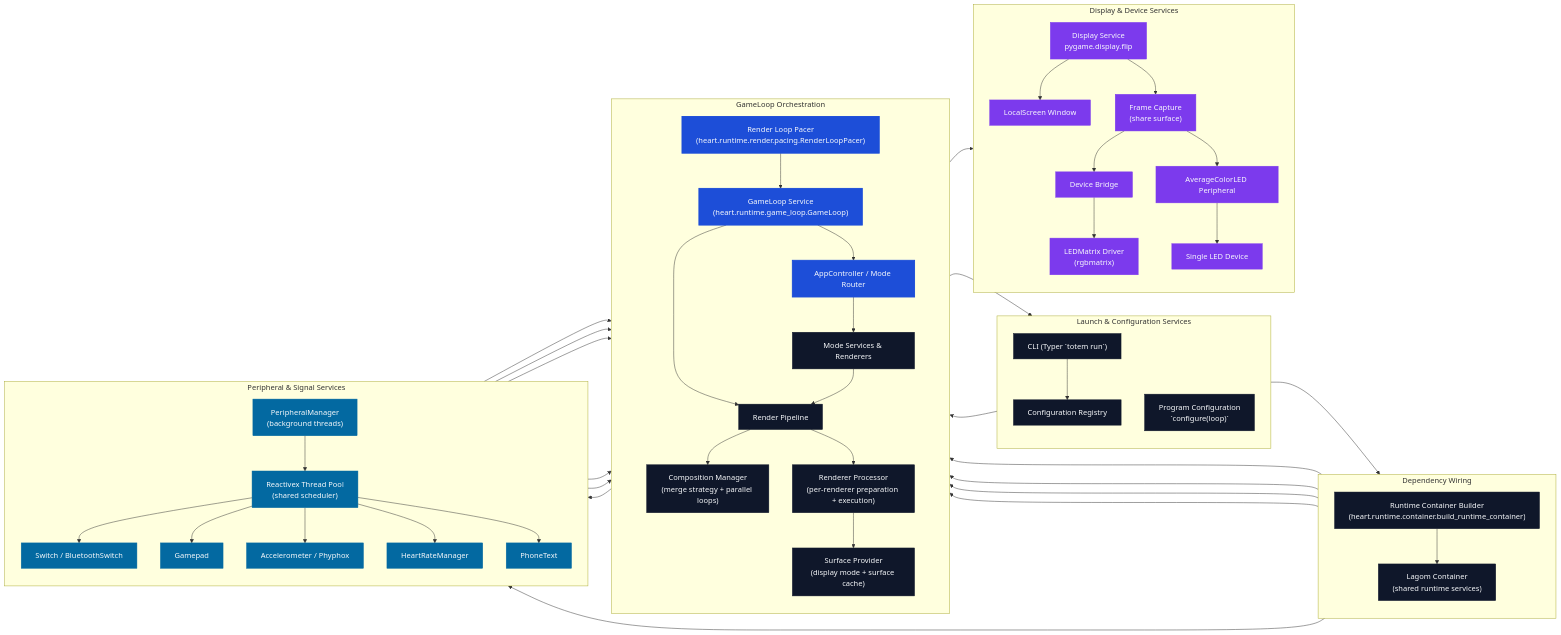
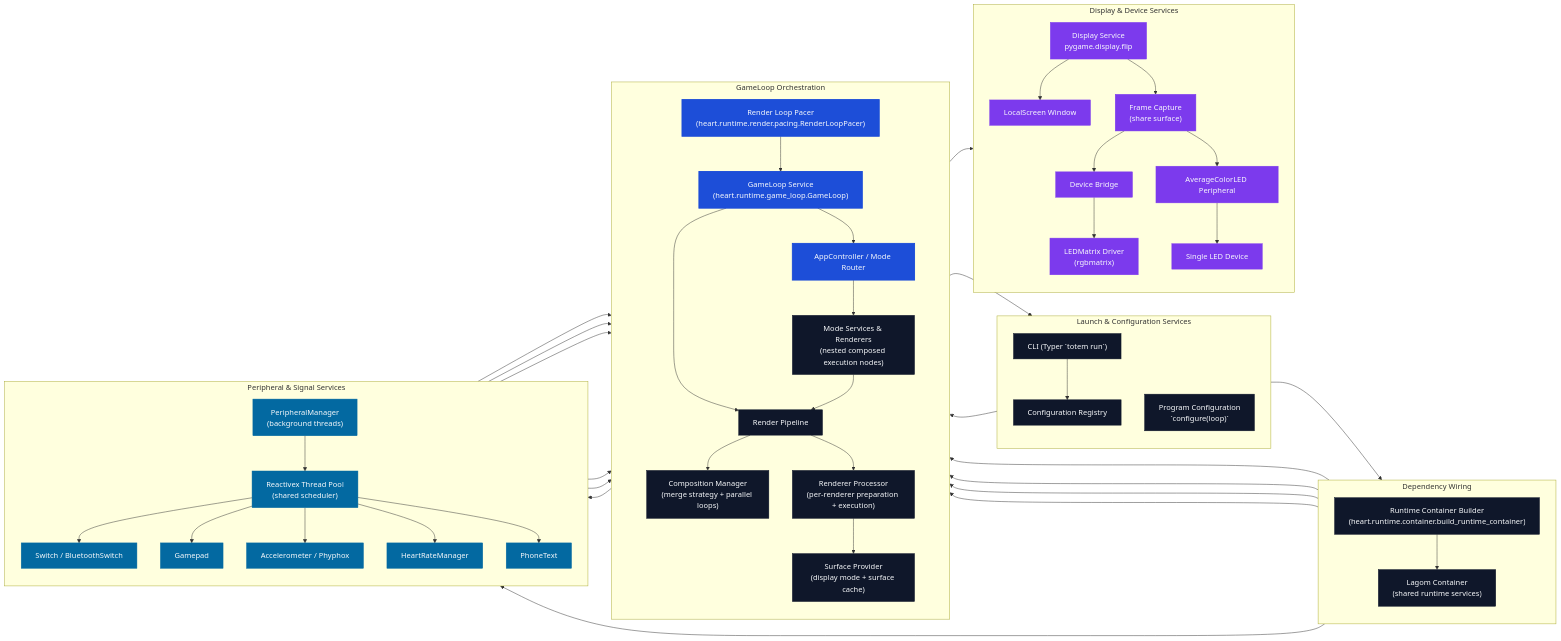
Before and after one commit to Organization5762/heart: the diagram in docs/code_flow.md, drawn with Mermaid. The commit also changed other lines of this file and 16 other files, not shown here.

````diff
--- a/docs/code_flow.md
+++ b/docs/code_flow.md
@@ -19,81 +19,81 @@
 ```mermaid
 flowchart LR
     %% Visual classes for different service categories
     classDef orchestrator fill:#1d4ed8,stroke:#1d4ed8,color:#f8fafc,stroke-width:2px;
     classDef service fill:#0f172a,stroke:#0f172a,color:#f8fafc;
     classDef input fill:#0369a1,stroke:#0369a1,color:#f8fafc;
     classDef output fill:#7c3aed,stroke:#7c3aed,color:#f8fafc;
 
     subgraph Launch["Launch & Configuration Services"]
         direction TB
         CLI["CLI (Typer `totem run`)"]
         Registry["Configuration Registry"]
         Configurer["Program Configuration\n`configure(loop)`"]
     end
 
     subgraph Wiring["Dependency Wiring"]
         direction TB
         ContainerBuilder["Runtime Container Builder\n(heart.runtime.container.build_runtime_container)"]
         RuntimeContainer["Lagom Container\n(shared runtime services)"]
     end
 
     subgraph Runtime["GameLoop Orchestration"]
         direction TB
         Loop["GameLoop Service\n(heart.runtime.game_loop.GameLoop)"]
         RenderPacer["Render Loop Pacer\n(heart.runtime.render.pacing.RenderLoopPacer)"]
         AppRouter["AppController / Mode Router"]
-        ModeServices["Mode Services & Renderers"]
+        ModeServices["Mode Services & Renderers\n(nested composed execution nodes)"]
         RenderPipeline["Render Pipeline"]
         SurfaceProvider["Surface Provider\n(display mode + surface cache)"]
         RendererProcessor["Renderer Processor\n(per-renderer preparation + execution)"]
         CompositionManager["Composition Manager\n(merge strategy + parallel loops)"]
     end
 
     subgraph Inputs["Peripheral & Signal Services"]
         direction TB
         PeripheralMgr["PeripheralManager\n(background threads)"]
         RxScheduler["Reactivex Thread Pool\n(shared scheduler)"]
         Switch["Switch / BluetoothSwitch"]
         Gamepad["Gamepad"]
         Sensors["Accelerometer / Phyphox"]
         HeartRate["HeartRateManager"]
         PhoneText["PhoneText"]
     end
 
     subgraph Outputs["Display & Device Services"]
         direction TB
         DisplaySvc["Display Service\npygame.display.flip"]
         LocalScreen["LocalScreen Window"]
         Capture["Frame Capture\n(share surface)"]
         DeviceBridge["Device Bridge"]
         LedMatrix["LEDMatrix Driver\n(rgbmatrix)"]
         AverageMirror["AverageColorLED Peripheral"]
         SingleLED["Single LED Device"]
     end
 
     CLI --> Registry --> ContainerBuilder --> RuntimeContainer --> Loop
     RuntimeContainer --> RenderPacer --> Loop
     Loop --> Configurer --> AppRouter
     Loop --> AppRouter
     RuntimeContainer --> AppRouter
     RuntimeContainer --> RenderPipeline
     RuntimeContainer --> PeripheralMgr
     Loop --> RenderPipeline
     AppRouter --> ModeServices --> RenderPipeline --> CompositionManager --> DisplaySvc
     RenderPipeline --> RendererProcessor --> SurfaceProvider
     DisplaySvc --> LocalScreen
     DisplaySvc --> Capture --> DeviceBridge --> LedMatrix
     Capture --> AverageMirror --> SingleLED
 
     Loop --> PeripheralMgr --> RxScheduler
     RxScheduler --> Switch --> AppRouter
     RxScheduler --> Gamepad --> AppRouter
     RxScheduler --> Sensors --> AppRouter
     RxScheduler --> HeartRate --> AppRouter
     RxScheduler --> PhoneText --> AppRouter
 
     class CLI,Registry,Configurer,ContainerBuilder,RuntimeContainer,ModeServices,RenderPipeline,RendererProcessor,SurfaceProvider,CompositionManager service;
     class Loop,AppRouter,RenderPacer orchestrator;
     class PeripheralMgr,RxScheduler,Switch,Gamepad,Sensors,HeartRate,PhoneText input;
     class DisplaySvc,LocalScreen,Capture,DeviceBridge,LedMatrix,AverageMirror,SingleLED output;
 ```
````
